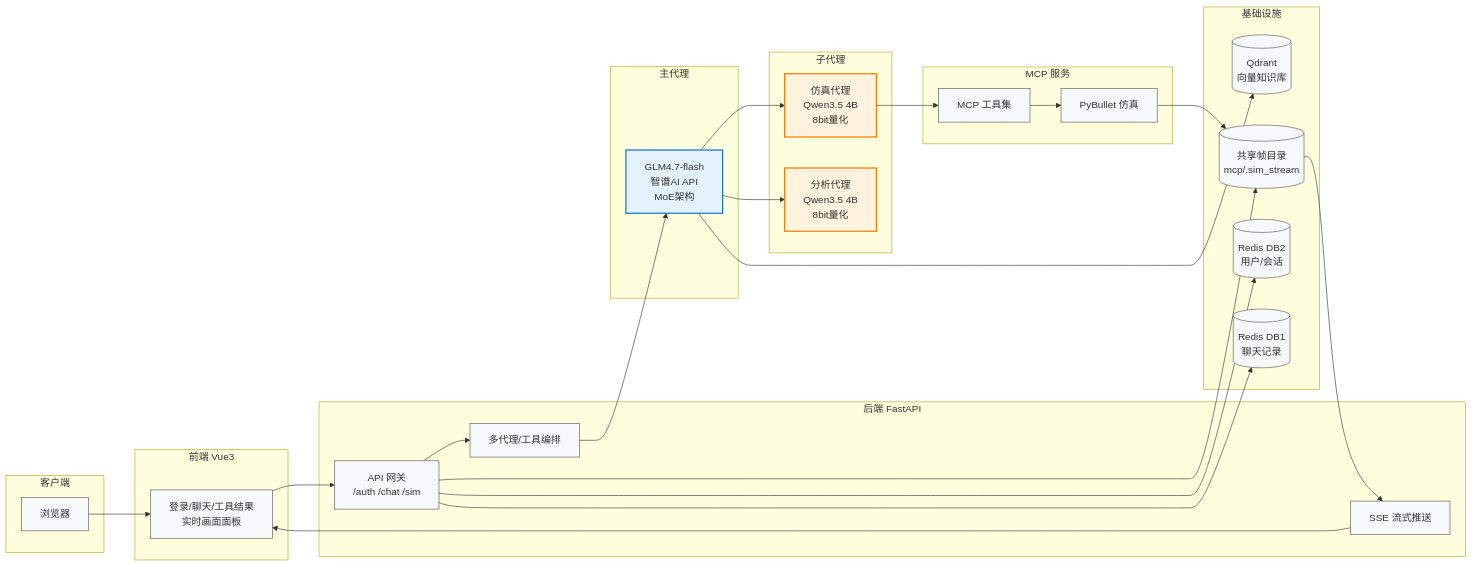
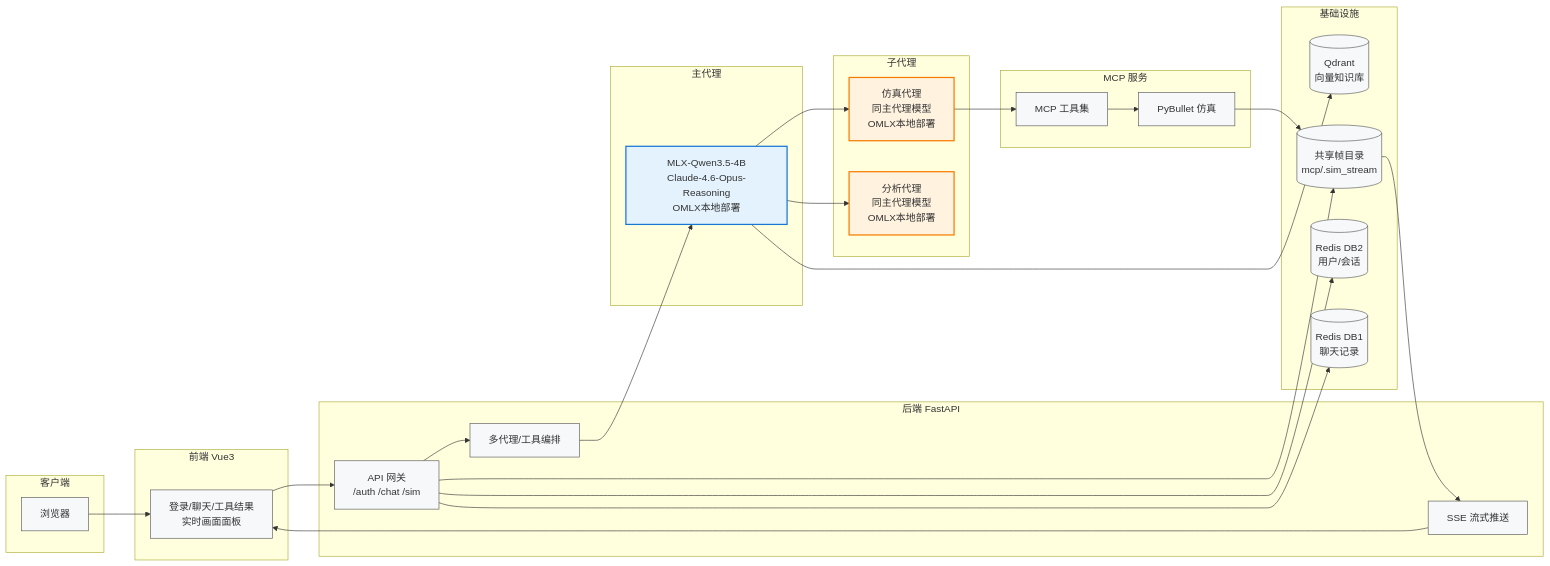
One commit to Playitcooool/robotagent changed the diagram in charts/architecture.md. Above: the diagram before and after it, drawn with Mermaid. The commit also changed 5 other files, not shown here.

First line of the commit message:
V4.7.19 Update docs: OMLX local inference, 3-agent architecture, revised Chapter 1 & 3 experiments

````diff
--- a/charts/architecture.md
+++ b/charts/architecture.md
@@ -3,62 +3,62 @@
 ```mermaid
 flowchart LR
   subgraph Client[客户端]
     browser[浏览器]
   end
 
   subgraph Frontend[前端 Vue3]
     ui[登录/聊天/工具结果
 实时画面面板]
   end
 
   subgraph Backend[后端 FastAPI]
     api[API 网关
 /auth /chat /sim]
     agent[多代理/工具编排]
     stream[SSE 流式推送]
   end
 
   subgraph Infra[基础设施]
     redis_auth[(Redis DB2
 用户/会话)]
     redis_chat[(Redis DB1
 聊天记录)]
     qdrant[(Qdrant
 向量知识库)]
     sim_dir[(共享帧目录
 mcp/.sim_stream)]
   end
 
   subgraph MCP[MCP 服务]
     pyb[PyBullet 仿真]
     tools[MCP 工具集]
   end
 
   subgraph MainAgent[主代理]
-    main_llm[GLM4.7-flash<br/>智谱AI API<br/>MoE架构]
+    main_llm[MLX-Qwen3.5-4B<br/>Claude-4.6-Opus-Reasoning<br/>OMLX本地部署]
   end
 
   subgraph SubAgents[子代理]
-    sim_agent[仿真代理<br/>Qwen3.5 4B<br/>8bit量化]
-    anal_agent[分析代理<br/>Qwen3.5 4B<br/>8bit量化]
+    sim_agent[仿真代理<br/>同主代理模型<br/>OMLX本地部署]
+    anal_agent[分析代理<br/>同主代理模型<br/>OMLX本地部署]
   end
 
   browser --> ui --> api
   api --> agent
   agent --> main_llm
   main_llm --> sim_agent
   main_llm --> anal_agent
   sim_agent --> tools
   tools --> pyb --> sim_dir
   api --> sim_dir --> stream --> ui
   api --> redis_auth
   api --> redis_chat
   main_llm --> qdrant
 
   classDef box fill:#f6f8fa,stroke:#555,stroke-width:1px;
   classDef main fill:#e3f2fd,stroke:#1976d2,stroke-width:2px;
   classDef sub fill:#fff3e0,stroke:#f57c00,stroke-width:2px;
   class browser,ui,api,agent,stream,redis_auth,redis_chat,qdrant,sim_dir,pyb,tools box;
   class main_llm main;
   class sim_agent,anal_agent sub;
 ```
````
